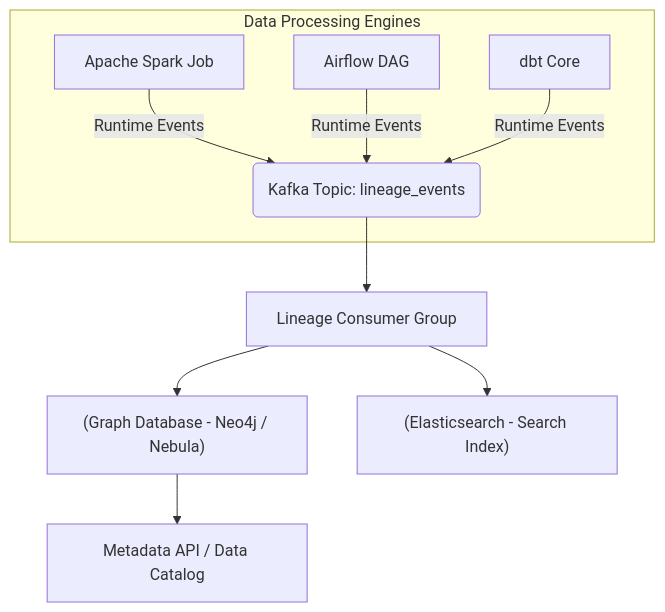
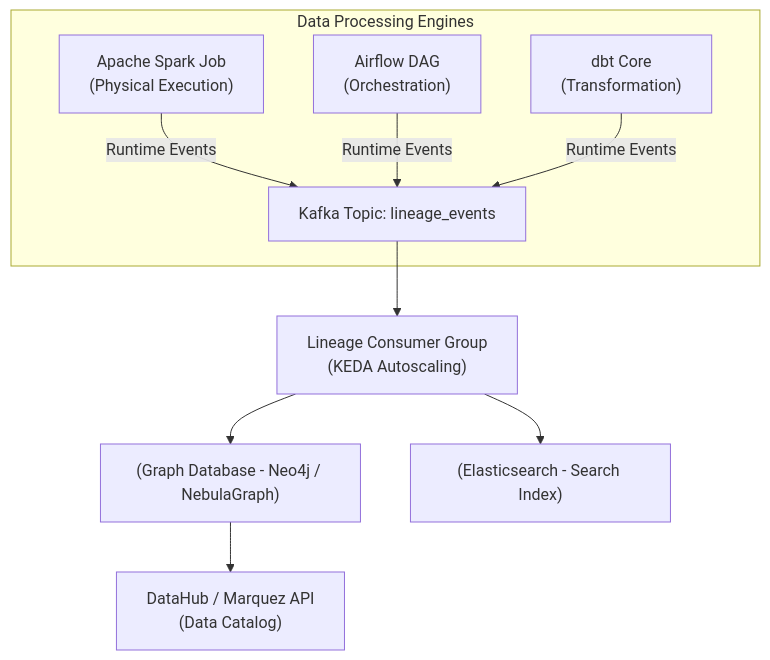
Before and after one commit to kythuatdulieu/kythuatdulieu.github.io: the diagram in src/content/docs/concepts/8-security-governance-finops/data-lineage.md, drawn with Mermaid. The commit also changed other lines of this file and 228 other files, not shown here.

Commit message:
Fix syntax and rewrite 200+ concepts docs to deep-dive system architecture and add GA4 tracking to quiz app

````diff
--- a/src/content/docs/concepts/8-security-governance-finops/data-lineage.md
+++ b/src/content/docs/concepts/8-security-governance-finops/data-lineage.md
@@ -25,12 +29,12 @@
 ```mermaid
 graph TD
     subgraph Data Processing Engines
-    A["Apache Spark Job"] -->|Runtime Events| B("Kafka Topic: lineage_events")
-    C["Airflow DAG"] -->|Runtime Events| B
-    D["dbt Core"] -->|Runtime Events| B
+    A["Apache Spark Job\n(Physical Execution)"] -->|Runtime Events| B["Kafka Topic: lineage_events"]
+    C["Airflow DAG\n(Orchestration)"] -->|Runtime Events| B
+    D["dbt Core\n(Transformation)"] -->|Runtime Events| B
     end
-    B --> E["Lineage Consumer Group"]
-    E --> F["(Graph Database - Neo4j / Nebula)"]
+    B --> E["Lineage Consumer Group\n(KEDA Autoscaling)"]
+    E --> F["(Graph Database - Neo4j / NebulaGraph)"]
     E --> G["(Elasticsearch - Search Index)"]
-    F --> H["Metadata API / Data Catalog"]
+    F --> H["DataHub / Marquez API\n(Data Catalog)"]
 ```
````
